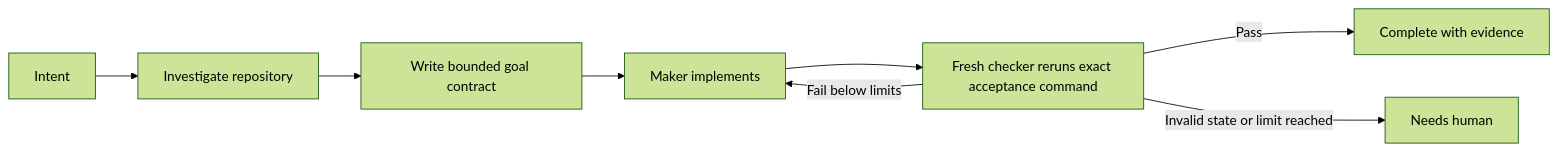
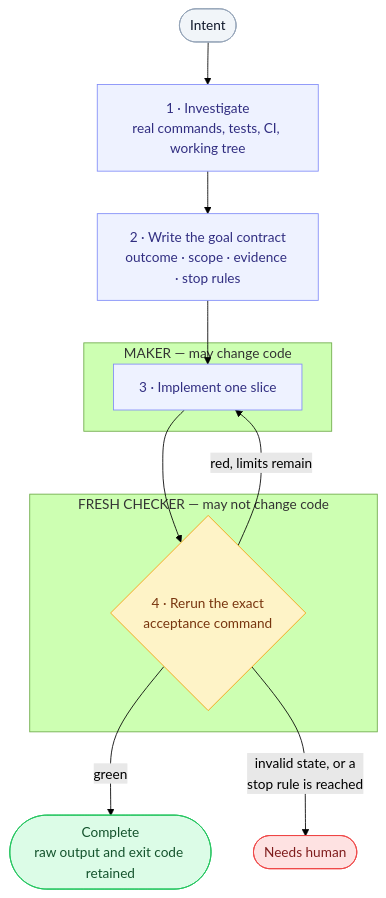
Before and after one commit to iliaim/writing-goals: the diagram in README.md, drawn with Mermaid (forest theme). The commit also changed other lines of this file, not shown here.

````diff
--- a/README.md
+++ b/README.md
@@ -31,10 +29,30 @@
 ```mermaid
-flowchart LR
-    A["Intent"] --> B["Investigate repository"]
-    B --> C["Write bounded goal contract"]
-    C --> D["Maker implements"]
-    D --> E["Fresh checker reruns exact acceptance command"]
-    E -->|Pass| F["Complete with evidence"]
-    E -->|Fail below limits| D
-    E -->|Invalid state or limit reached| G["Needs human"]
+flowchart TD
+    A(["Intent"]) --> B["1 · Investigate<br/>real commands, tests, CI, working tree"]
+    B --> C["2 · Write the goal contract<br/>outcome · scope · evidence · stop rules"]
+    C --> D
+
+    subgraph maker ["MAKER — may change code"]
+        D["3 · Implement one slice"]
+    end
+
+    subgraph checker ["FRESH CHECKER — may not change code"]
+        E{"4 · Rerun the exact<br/>acceptance command"}
+    end
+
+    D --> E
+    E -->|green| F(["Complete<br/>raw output and exit code retained"])
+    E -->|"red, limits remain"| D
+    E -->|"invalid state, or a<br/>stop rule is reached"| G(["Needs human"])
+
+    classDef entry fill:#f1f5f9,stroke:#94a3b8,color:#0f172a
+    classDef step fill:#eef2ff,stroke:#818cf8,color:#312e81
+    classDef check fill:#fef3c7,stroke:#f59e0b,color:#78350f
+    classDef done fill:#dcfce7,stroke:#22c55e,color:#14532d
+    classDef halt fill:#fee2e2,stroke:#ef4444,color:#7f1d1d
+    class A entry
+    class B,C,D step
+    class E check
+    class F done
+    class G halt
 ```
````
